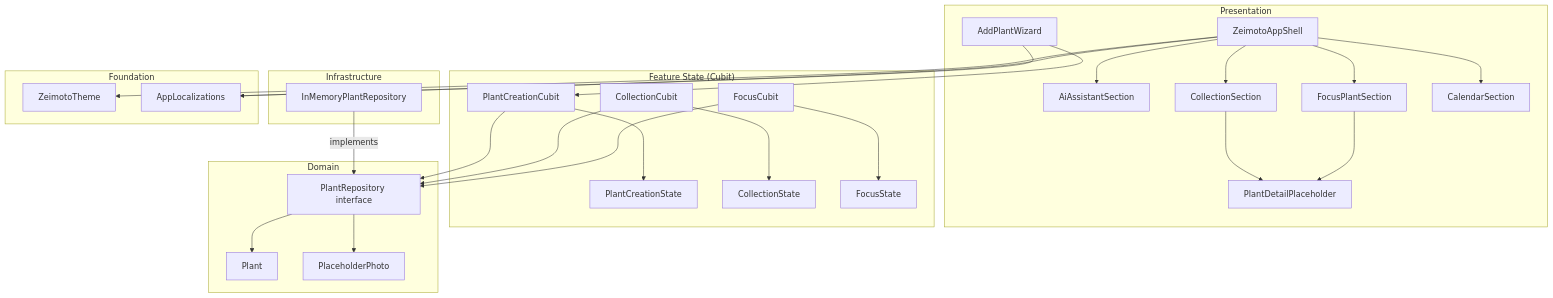
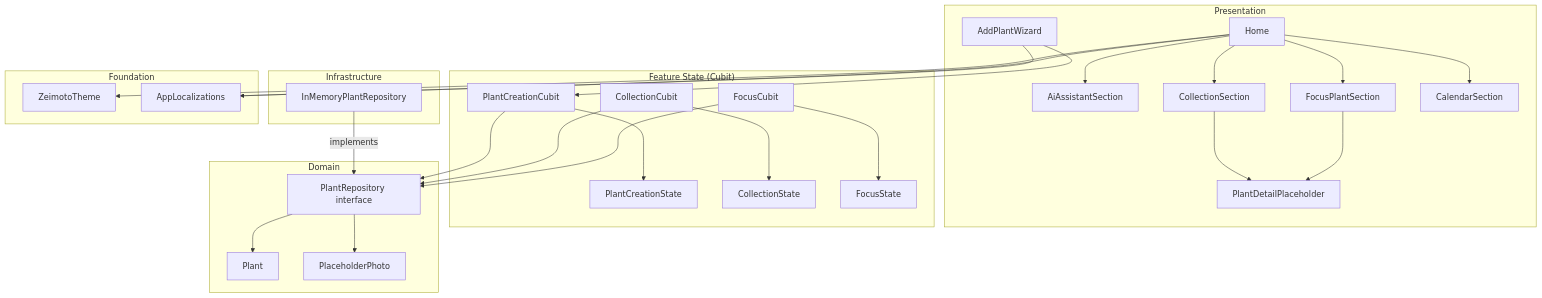
One commit to FedericoLaggiard/zeimoto changed the first of 2 diagrams in docs/architecture/architecture_en.md. Above: the diagram before and after it, drawn with Mermaid. The commit also changed other lines of this file and 3 other files, not shown here.

````diff
--- a/docs/architecture/architecture_en.md
+++ b/docs/architecture/architecture_en.md
@@ -51,56 +53,56 @@
 ```mermaid
 graph TD
     subgraph Presentation
-        AS[ZeimotoAppShell]
+        HM[Home]
         APW[AddPlantWizard]
         AIA[AiAssistantSection]
         CS[CollectionSection]
         FPS[FocusPlantSection]
         CAL[CalendarSection]
         DPP[PlantDetailPlaceholder]
     end
 
     subgraph FeatureState["Feature State (Cubit)"]
         PCC[PlantCreationCubit]
         PCS[PlantCreationState]
         CC[CollectionCubit]
         CST[CollectionState]
         FC[FocusCubit]
         FS[FocusState]
     end
 
     subgraph Domain
         PR[PlantRepository interface]
         P[Plant]
         PP[PlaceholderPhoto]
     end
 
     subgraph Infrastructure
         IMPR[InMemoryPlantRepository]
     end
 
     subgraph Foundation
         TH[ZeimotoTheme]
         L10N[AppLocalizations]
     end
 
-    AS --> TH
-    AS --> L10N
-    AS --> AIA
-    AS --> CS
-    AS --> FPS
-    AS --> CAL
+    HM --> TH
+    HM --> L10N
+    HM --> AIA
+    HM --> CS
+    HM --> FPS
+    HM --> CAL
     CS --> DPP
     FPS --> DPP
     APW --> PCC
     APW --> L10N
     PCC --> PCS
     PCC --> PR
     CC --> CST
     CC --> PR
     FC --> FS
     FC --> PR
     PR --> P
     PR --> PP
     IMPR -->|implements| PR
 ```
````
